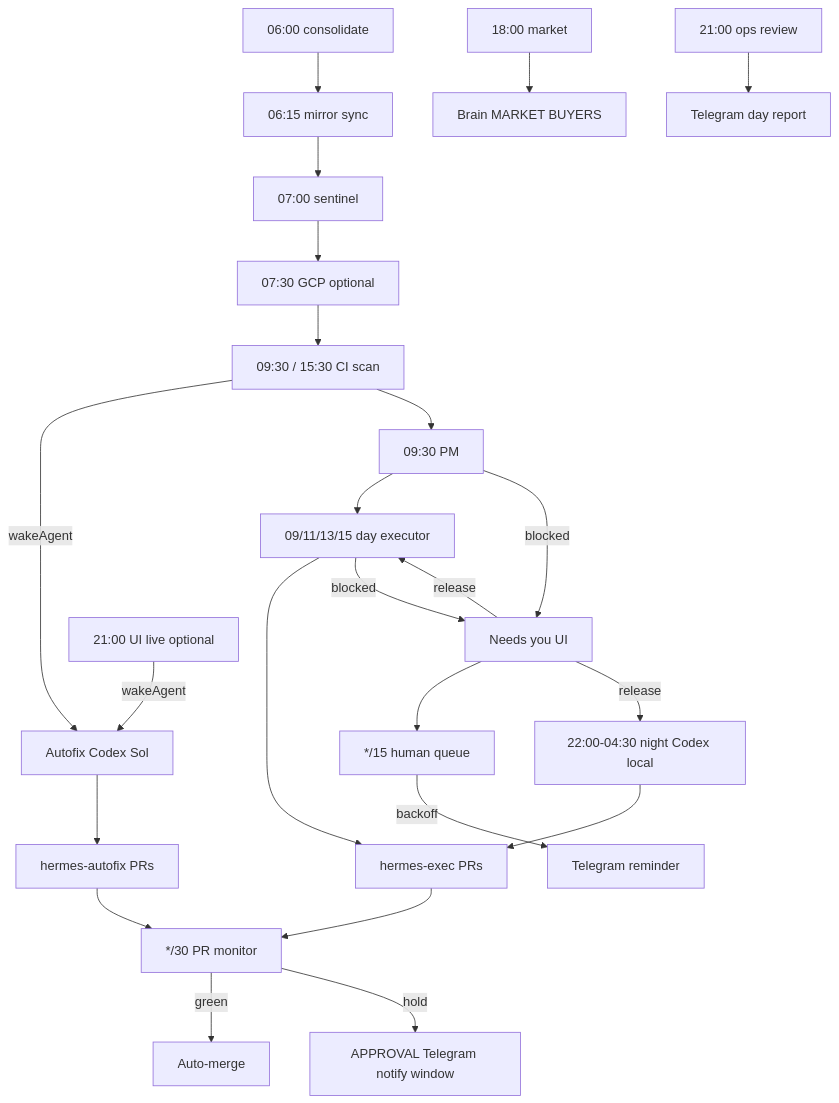
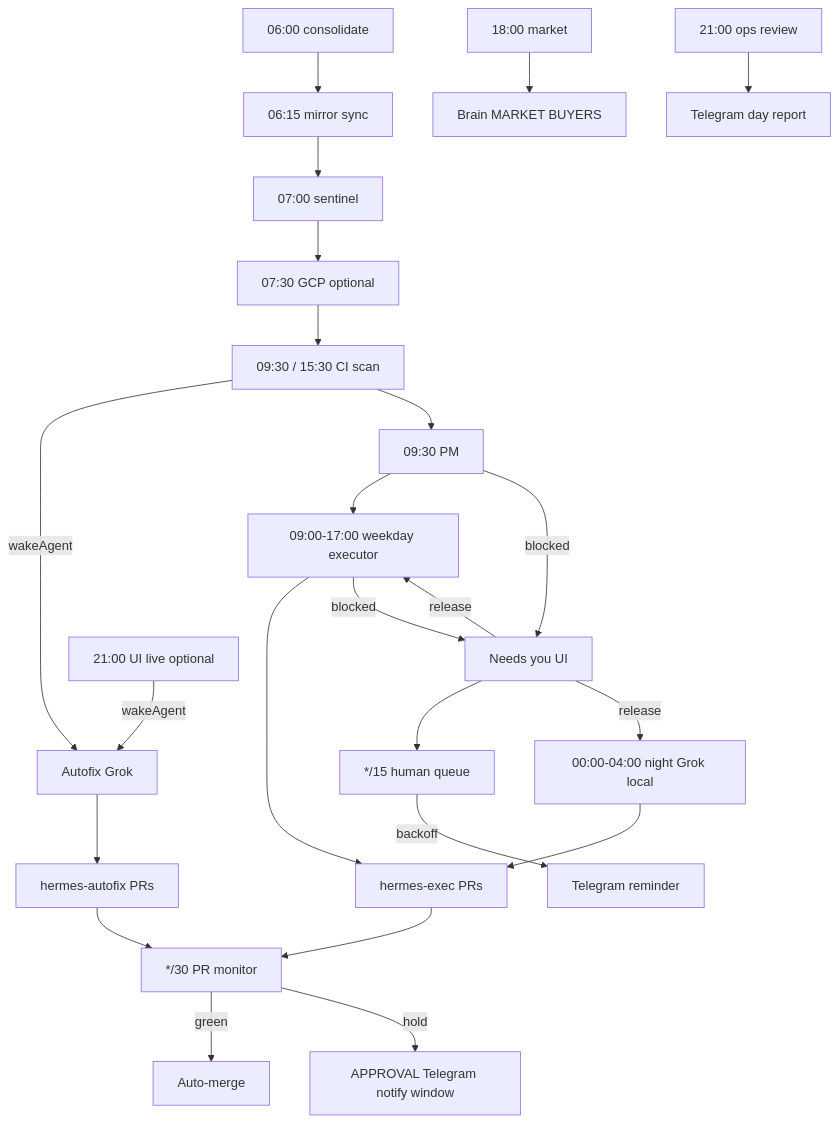
One commit to jtk4545/hermes-ops-kit changed the second of 3 diagrams in docs/ARCHITECTURE.md. Above: the diagram before and after it, drawn with Mermaid. The commit also changed other lines of this file and 45 other files, not shown here.

````diff
--- a/docs/ARCHITECTURE.md
+++ b/docs/ARCHITECTURE.md
@@ -75,26 +75,26 @@
 ```mermaid
 flowchart TD
   c0600[06:00 consolidate] --> c0615[06:15 mirror sync]
   c0615 --> c0700[07:00 sentinel]
   c0700 --> c0730[07:30 GCP optional]
   c0730 --> c0930ci[09:30 / 15:30 CI scan]
-  c0930ci -->|wakeAgent| autofix[Autofix Codex Sol]
+  c0930ci -->|wakeAgent| autofix[Autofix Grok]
   c0930ci --> c0930pm[09:30 PM]
-  c0930pm --> cDay[09/11/13/15 day executor]
+  c0930pm --> cDay[09:00-17:00 weekday executor]
   cDay --> prs[hermes-exec PRs]
   autofix --> afPRs[hermes-autofix PRs]
-  cNight[22:00-04:30 night Codex local] --> prs
+  cNight[00:00-04:00 night Grok local] --> prs
   prs --> monitor[*/30 PR monitor]
   afPRs --> monitor
   monitor -->|green| merge[Auto-merge]
   monitor -->|hold| approval[APPROVAL Telegram notify window]
   c0930pm -->|blocked| needsYou[Needs you UI]
   cDay -->|blocked| needsYou
   needsYou --> hq[*/15 human queue]
   hq -->|backoff| tgRemind[Telegram reminder]
   needsYou -->|release| cDay
   needsYou -->|release| cNight
   c1800[18:00 market] --> brain[Brain MARKET BUYERS]
   c2100[21:00 ops review] --> dayReport[Telegram day report]
   cUIlive[21:00 UI live optional] -->|wakeAgent| autofix
 ```
````
